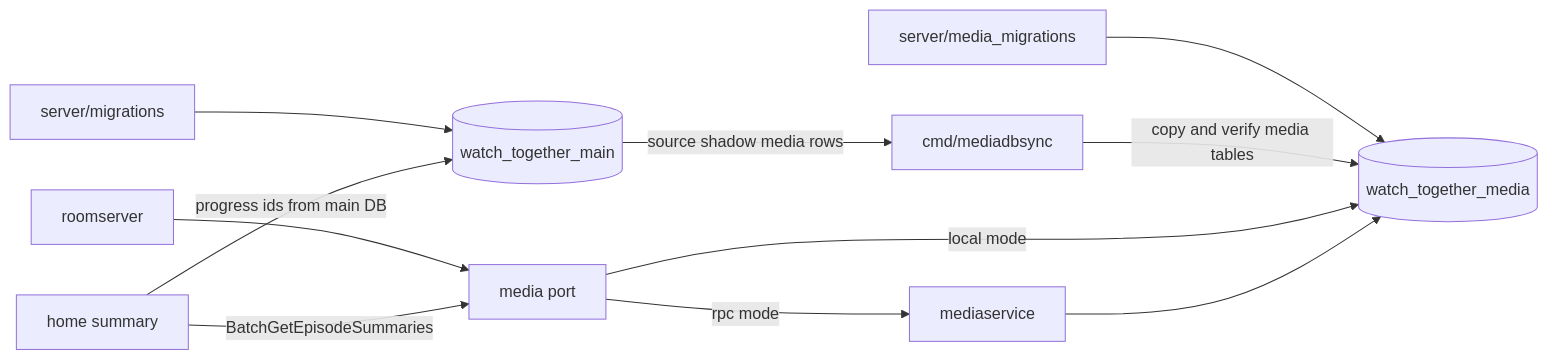
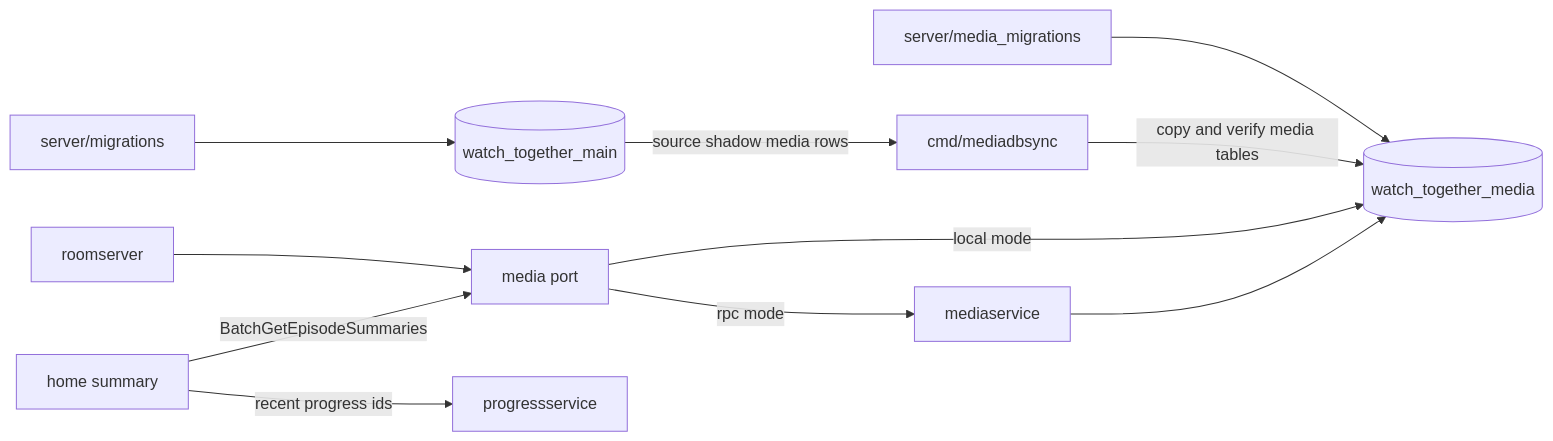
The eighth of 9 diagrams in docs/distributed-architecture.md (sunboyZgz/watch_together), drawn with Mermaid before and after one commit. The commit also changed other lines of this file and 35 other files, not shown here.

````diff
--- a/docs/distributed-architecture.md
+++ b/docs/distributed-architecture.md
@@ -474,23 +501,24 @@
 ```mermaid
 flowchart LR
   MainPG[(watch_together_main)]
   MediaPG[(watch_together_media)]
   MediaMigrations[server/media_migrations]
   MainMigrations[server/migrations]
   Sync[cmd/mediadbsync]
   Roomserver[roomserver]
   MediaService[mediaservice]
   MediaPort[media port]
   Home[home summary]
+  ProgressService[progressservice]
 
   MainMigrations --> MainPG
   MediaMigrations --> MediaPG
   Sync -->|copy and verify media tables| MediaPG
   MainPG -->|source shadow media rows| Sync
   Roomserver --> MediaPort
   MediaPort -->|local mode| MediaPG
   MediaPort -->|rpc mode| MediaService
   MediaService --> MediaPG
-  Home -->|progress ids from main DB| MainPG
+  Home -->|recent progress ids| ProgressService
   Home -->|BatchGetEpisodeSummaries| MediaPort
 ```
````
